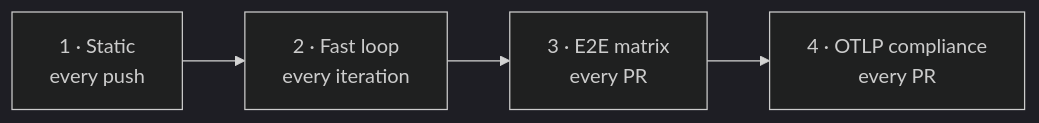
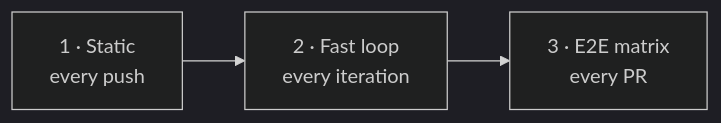
The fifth of 5 diagrams in docs/superpowers/specs/2026-11-10-rn-otel-design.md (callstack/react-native-open-telemetry), drawn with Mermaid (dark theme) before and after one commit. The commit also changed other lines of this file and 15 other files, not shown here.

````diff
--- a/docs/superpowers/specs/2026-11-10-rn-otel-design.md
+++ b/docs/superpowers/specs/2026-11-10-rn-otel-design.md
@@ -751,4 +744,4 @@
 ```mermaid
 flowchart LR
-  s1["1 · Static<br/>every push"] --> s2["2 · Fast loop<br/>every iteration"] --> s3["3 · E2E matrix<br/>every PR"] --> s4["4 · OTLP compliance<br/>every PR"]
+  s1["1 · Static<br/>every push"] --> s2["2 · Fast loop<br/>every iteration"] --> s3["3 · E2E matrix<br/>every PR"]
 ```
````
